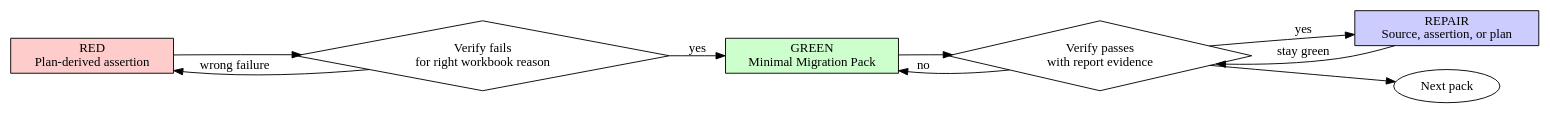
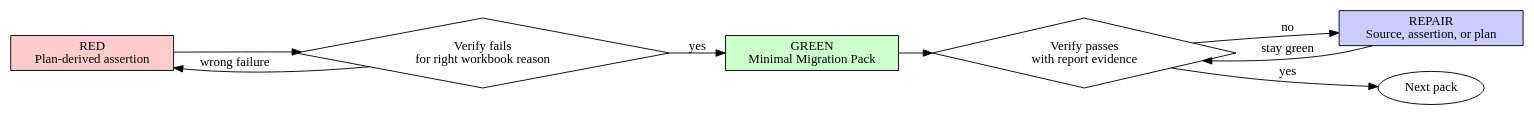
The diagram in skills/test-driven-univer-development/SKILL.md (dream-num/skills), drawn with Graphviz before and after one commit. The commit also changed other lines of this file and 6 other files, not shown here.

````diff
--- a/skills/test-driven-univer-development/SKILL.md
+++ b/skills/test-driven-univer-development/SKILL.md
@@ -91,20 +97,19 @@
 ```dot
 digraph test_driven_univer_development {
     rankdir=LR;
     red [label="RED\nPlan-derived assertion", shape=box, style=filled, fillcolor="#ffcccc"];
     verify_red [label="Verify fails\nfor right workbook reason", shape=diamond];
     green [label="GREEN\nMinimal Migration Pack", shape=box, style=filled, fillcolor="#ccffcc"];
     verify_green [label="Verify passes\nwith report evidence", shape=diamond];
     repair [label="REPAIR\nSource, assertion, or plan", shape=box, style=filled, fillcolor="#ccccff"];
     next [label="Next pack", shape=ellipse];
 
     red -> verify_red;
     verify_red -> green [label="yes"];
     verify_red -> red [label="wrong failure"];
     green -> verify_green;
-    verify_green -> repair [label="yes"];
-    verify_green -> green [label="no"];
+    verify_green -> repair [label="no"];
+    verify_green -> next [label="yes"];
     repair -> verify_green [label="stay green"];
-    verify_green -> next;
 }
 ```
````
